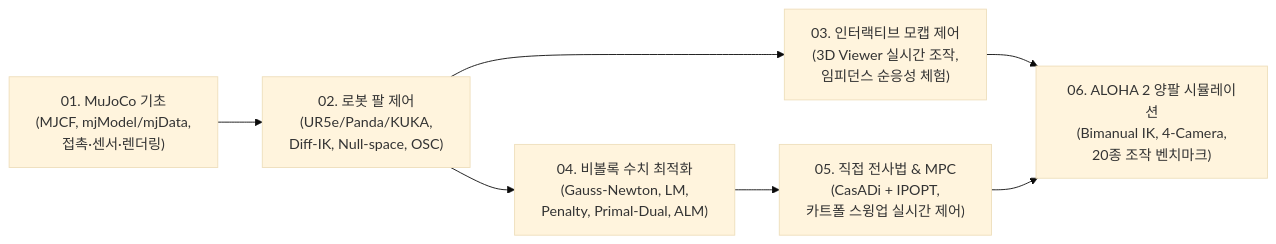
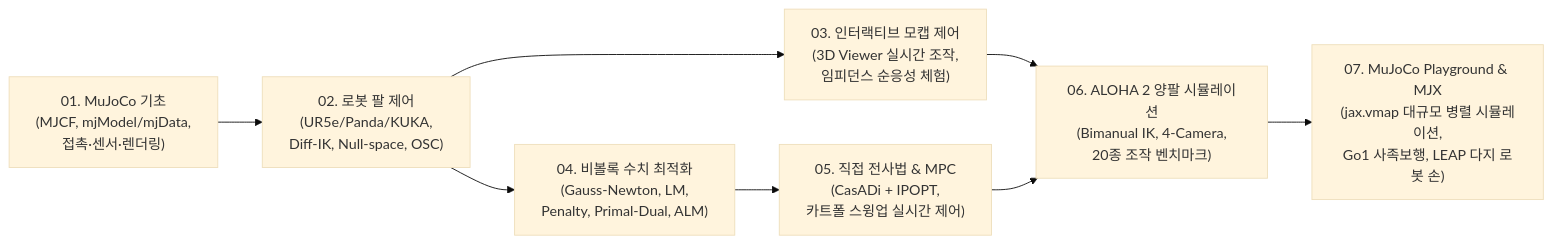
One commit to simjaecheol/MujocoTutorials changed the diagram in docs/index.md. Above: the diagram before and after it, drawn with Mermaid (base theme). The commit also changed other lines of this file and 9 other files, not shown here.

Commit message:
feat(notebooks): add 07_mujoco_playground_mjx tutorial and web docs

````diff
--- a/docs/index.md
+++ b/docs/index.md
@@ -11,9 +11,10 @@
 ```mermaid
 flowchart LR
     A["01. MuJoCo 기초\n(MJCF, mjModel/mjData,\n접촉·센서·렌더링)"] --> B["02. 로봇 팔 제어\n(UR5e/Panda/KUKA,\nDiff-IK, Null-space, OSC)"]
     B --> C["03. 인터랙티브 모캡 제어\n(3D Viewer 실시간 조작,\n임피던스 순응성 체험)"]
     B --> D["04. 비볼록 수치 최적화\n(Gauss-Newton, LM,\nPenalty, Primal-Dual, ALM)"]
     D --> E["05. 직접 전사법 & MPC\n(CasADi + IPOPT,\n카트폴 스윙업 실시간 제어)"]
     C --> F["06. ALOHA 2 양팔 시뮬레이션\n(Bimanual IK, 4-Camera,\n20종 조작 벤치마크)"]
     E --> F
+    F --> G["07. MuJoCo Playground & MJX\n(jax.vmap 대규모 병렬 시뮬레이션,\nGo1 사족보행, LEAP 다지 로봇 손)"]
 ```
````
